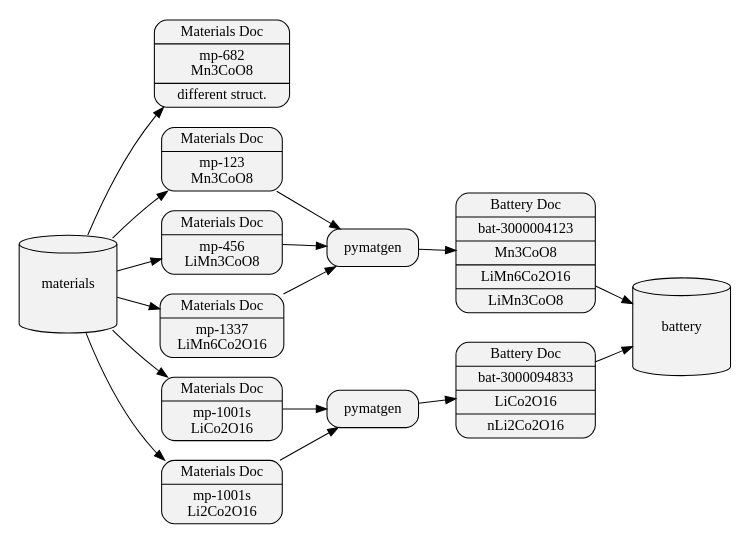
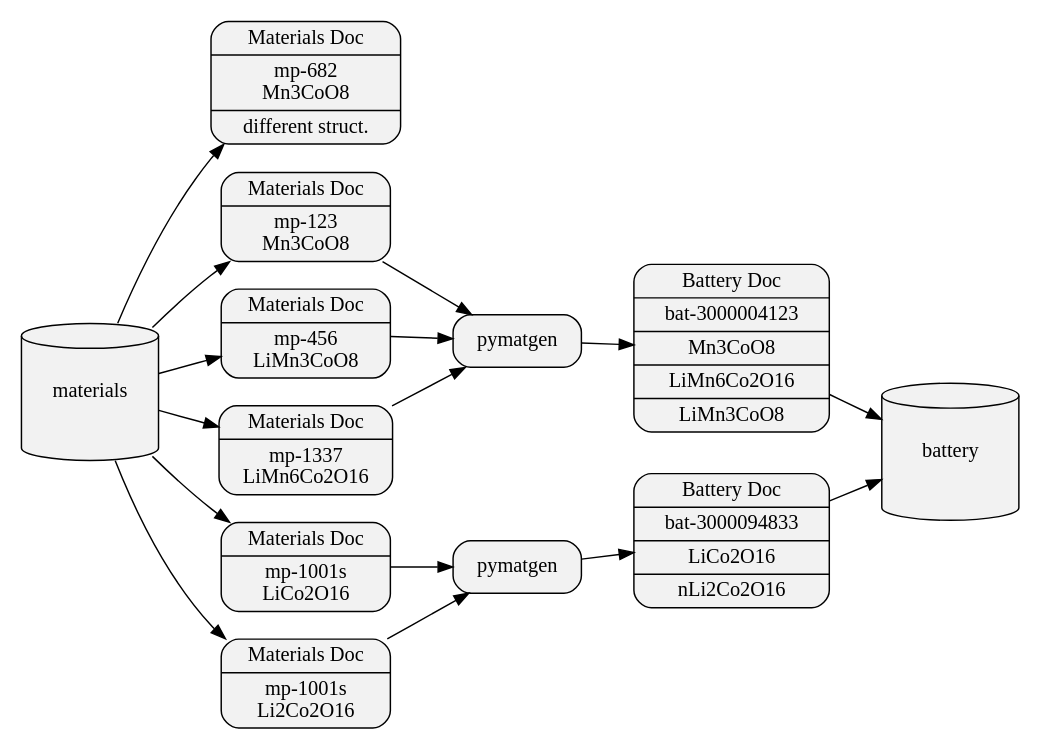
Before and after one commit to jmmshn/old_personal_site: the diagram in _figs/2018_mat_batt_fc.gv, drawn with Graphviz. The commit also changed 3 other files, not shown here.

```diff
--- a/_figs/2018_mat_batt_fc.gv
+++ b/_figs/2018_mat_batt_fc.gv
@@ -1,30 +1,30 @@
 digraph hierarchy {
-size="5,5"
+size="7,5"
 rankdir=LR
 node[shape=record,style="filled,rounded",fillcolor=gray95,rankdir=LR]
 #edge[dir=back, arrowtail=empty]
 
 materials [fillcolor=gray95,style="filled",shape=cylinder,height=1.3,width=1.3]
 battery [fillcolor=gray95,style="filled",shape=cylinder,height=1.3,width=1.3]
 p1 [label = pymatgen]
 p2 [label = pymatgen]
 
 m0[label = "{{Materials Doc|mp-682\nMn3CoO8|different struct.}}"]
 m1[label = "{{Materials Doc|mp-123\nMn3CoO8}}"]
 m2[label = "{{Materials Doc|mp-456\nLiMn3CoO8}}"]
 m3[label = "{{Materials Doc|mp-1337\nLiMn6Co2O16}}"]
 m4[label = "{{Materials Doc|mp-1001s\nLiCo2O16}}"]
 m5[label = "{{Materials Doc|mp-1001s\nLi2Co2O16}}"]
 
 b1[label = "{{Battery Doc|bat-3000004123|Mn3CoO8|LiMn6Co2O16|LiMn3CoO8}}"]
 b2[label = "{{Battery Doc|bat-3000094833|LiCo2O16|nLi2Co2O16}}"]
 
 
 materials -> m0
 materials -> m1 -> p1
 materials -> m2 -> p1
 materials -> m3 -> p1 ->b1 -> battery
 materials -> m4 -> p2 -> b2 -> battery
 materials -> m5 -> p2
 
 }
```
